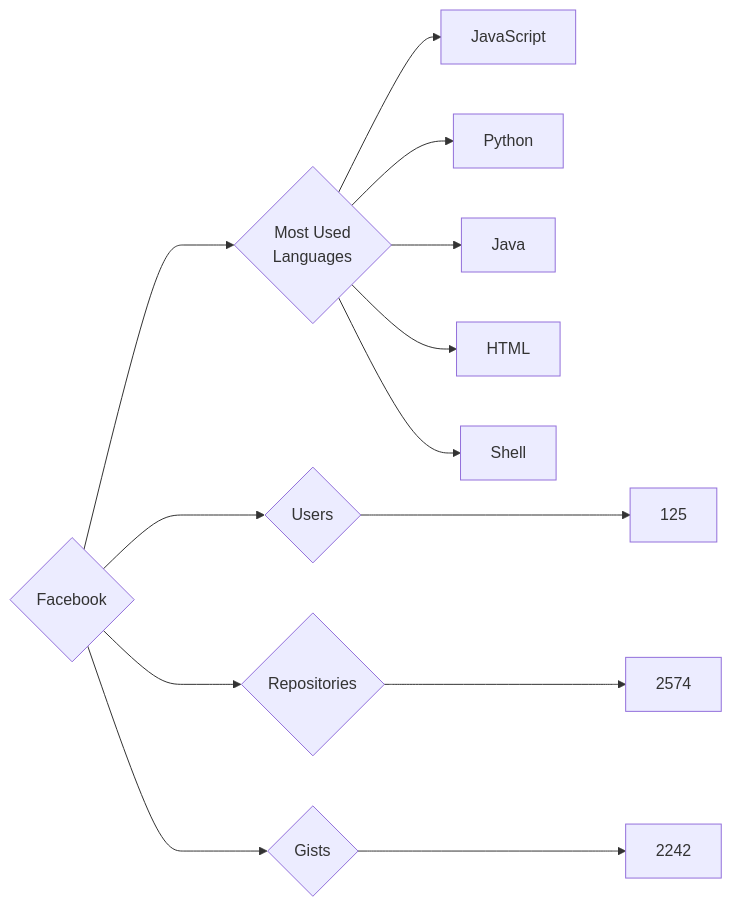
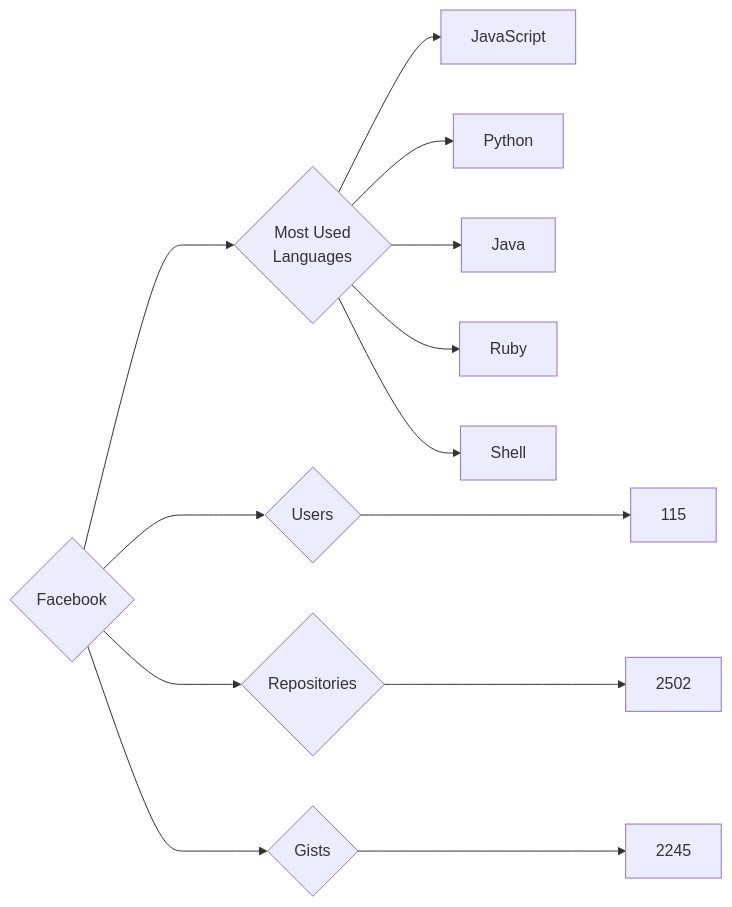
Before and after one commit to trickest/insiders: the diagram in targets/Facebook/README.md, drawn with Mermaid. The commit also changed 965 other files, not shown here.

````diff
--- a/targets/Facebook/README.md
+++ b/targets/Facebook/README.md
@@ -3,13 +3,13 @@
 ```mermaid
 graph LR
 COMPANY_NAME{Facebook}
-COMPANY_NAME ---> U{Users} ---> UN[125]
-COMPANY_NAME ---> R{Repositories} ---> RN[2574]
-COMPANY_NAME ---> G{Gists} ---> GN[2242]
+COMPANY_NAME ---> U{Users} ---> UN[115]
+COMPANY_NAME ---> R{Repositories} ---> RN[2502]
+COMPANY_NAME ---> G{Gists} ---> GN[2245]
 COMPANY_NAME ---> ML{Most Used<br>Languages}
 ML --> JavaScript[JavaScript]
 ML --> Python[Python]
 ML --> Java[Java]
-ML --> HTML[HTML]
+ML --> Ruby[Ruby]
 ML --> Shell[Shell]
 ```
````
